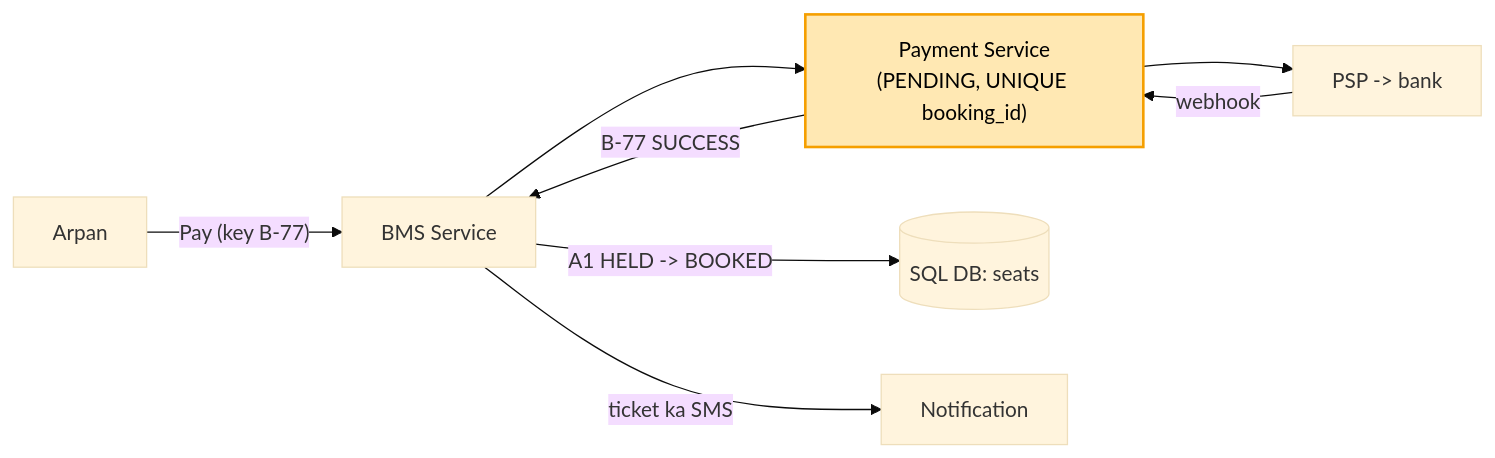
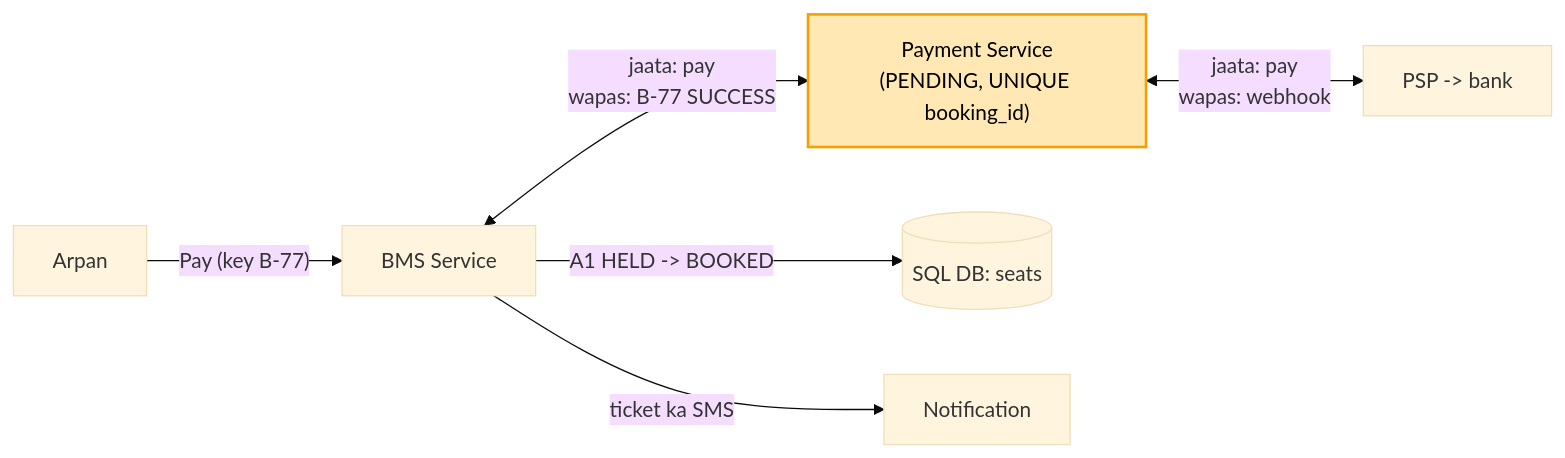
Before and after one commit to ArpanMaheshwari144/Prep: the fifth of 5 diagrams in 04_HLD/SYSTEM_DESIGNS/09_bookmyshow/09_bookmyshow.md, drawn with Mermaid (base theme). The commit also changed other lines of this file and 7 other files, not shown here.

Commit message:
HLD diagram: 13 jagah do dabbon ke beech do teer the (label dabbe pe chadhta) -> ek teer, jaata / wapas do line

````diff
--- a/04_HLD/SYSTEM_DESIGNS/09_bookmyshow/09_bookmyshow.md
+++ b/04_HLD/SYSTEM_DESIGNS/09_bookmyshow/09_bookmyshow.md
@@ -268,11 +267,9 @@
 ```mermaid
 flowchart LR
     U["Arpan"] -- "Pay (key B-77)" --> S["BMS Service"]
-    S --> P["Payment Service<br/>(PENDING, UNIQUE booking_id)"]
-    P --> G["PSP -> bank"]
-    G -- "webhook" --> P
-    P -- "B-77 SUCCESS" --> S
+    S <-->|"jaata: pay<br/>wapas: B-77 SUCCESS"| P["Payment Service<br/>(PENDING, UNIQUE booking_id)"]
+    P <-->|"jaata: pay<br/>wapas: webhook"| G["PSP -> bank"]
     S -- "A1 HELD -> BOOKED" --> D[("SQL DB: seats")]
     S -- "ticket ka SMS" --> N["Notification"]
     style P fill:#ffe8b3,stroke:#f59f00,stroke-width:2px,color:#000
 ```
````
